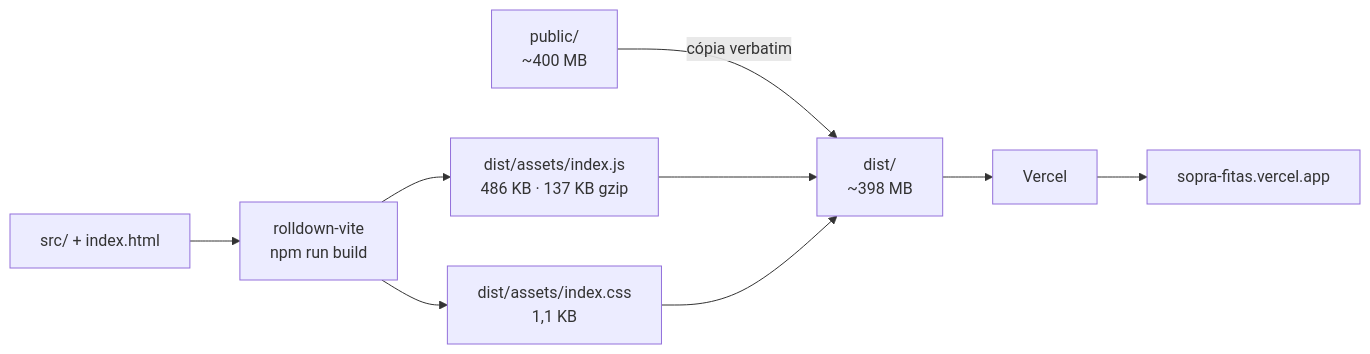
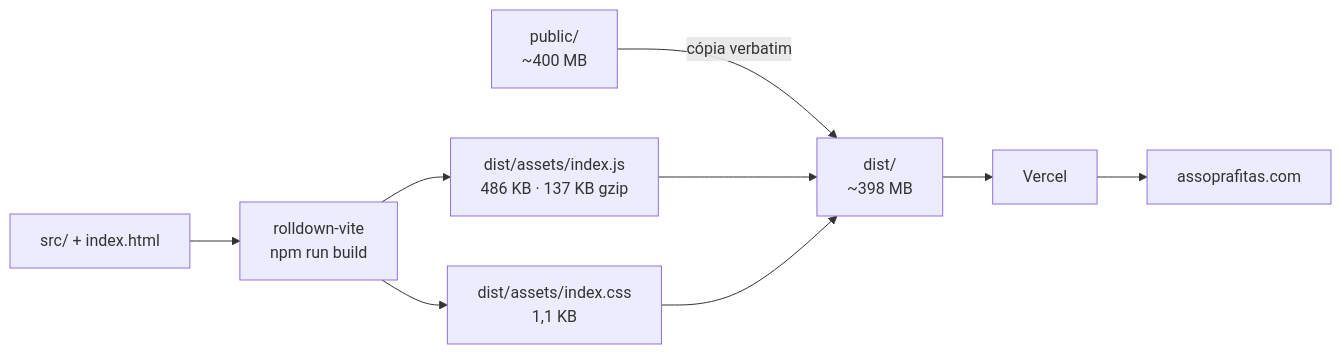
One commit to Assopra-fita/Sopra-Fitas changed the second of 2 diagrams in README.md. Above: the diagram before and after it, drawn with Mermaid. The commit also changed other lines of this file and 1 other file, not shown here.

````diff
--- a/README.md
+++ b/README.md
@@ -131,11 +131,11 @@
 ```mermaid
 flowchart LR
     SRC["src/ + index.html"] --> RV["rolldown-vite<br/>npm run build"]
     RV --> JS["dist/assets/index.js<br/>486 KB · 137 KB gzip"]
     RV --> CSS["dist/assets/index.css<br/>1,1 KB"]
     PUB["public/<br/>~400 MB"] -->|cópia verbatim| DIST["dist/<br/>~398 MB"]
     JS --> DIST
     CSS --> DIST
     DIST --> VER["Vercel"]
-    VER --> PROD["sopra-fitas.vercel.app"]
+    VER --> PROD["assoprafitas.com"]
 ```
````
